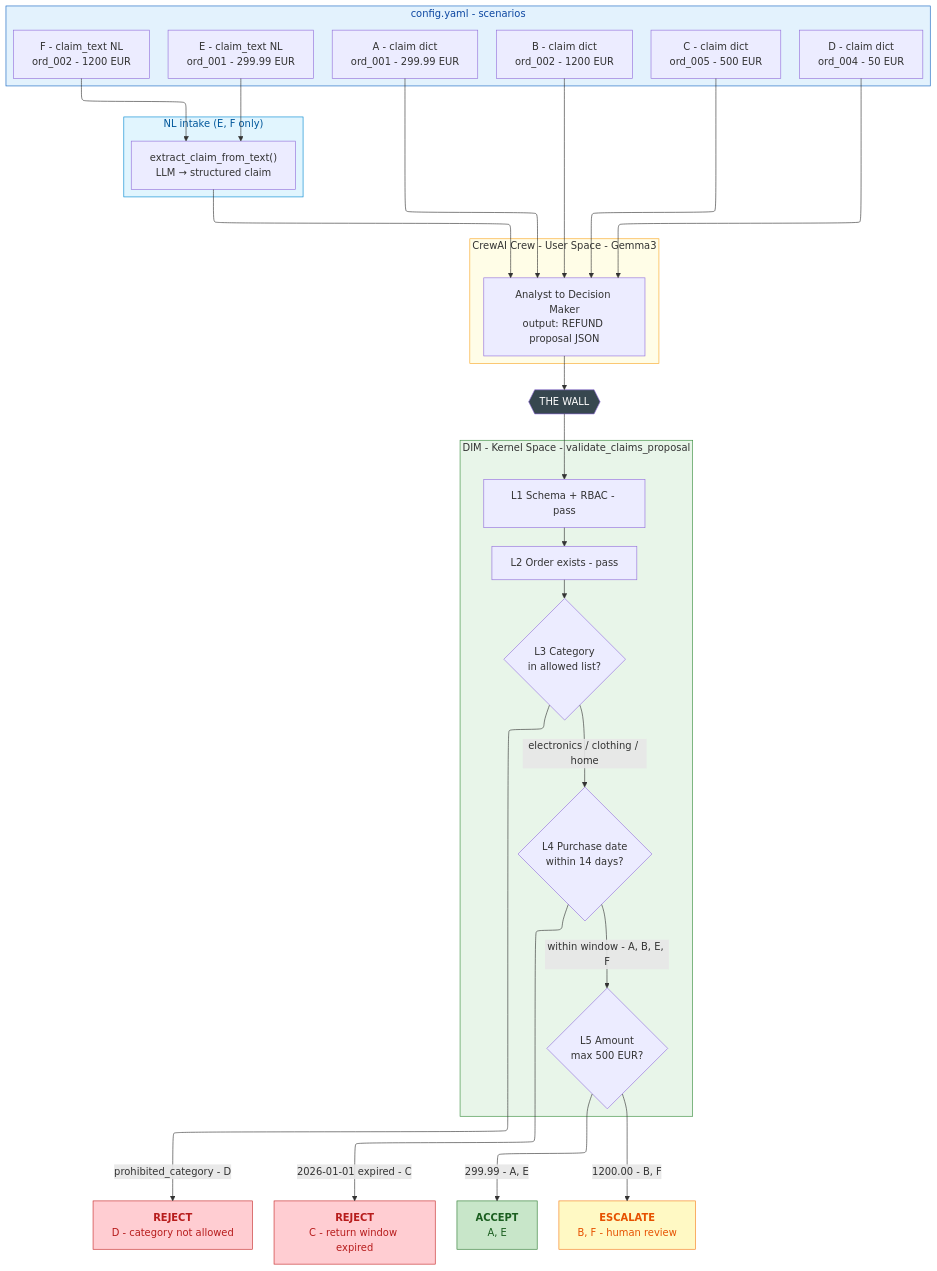
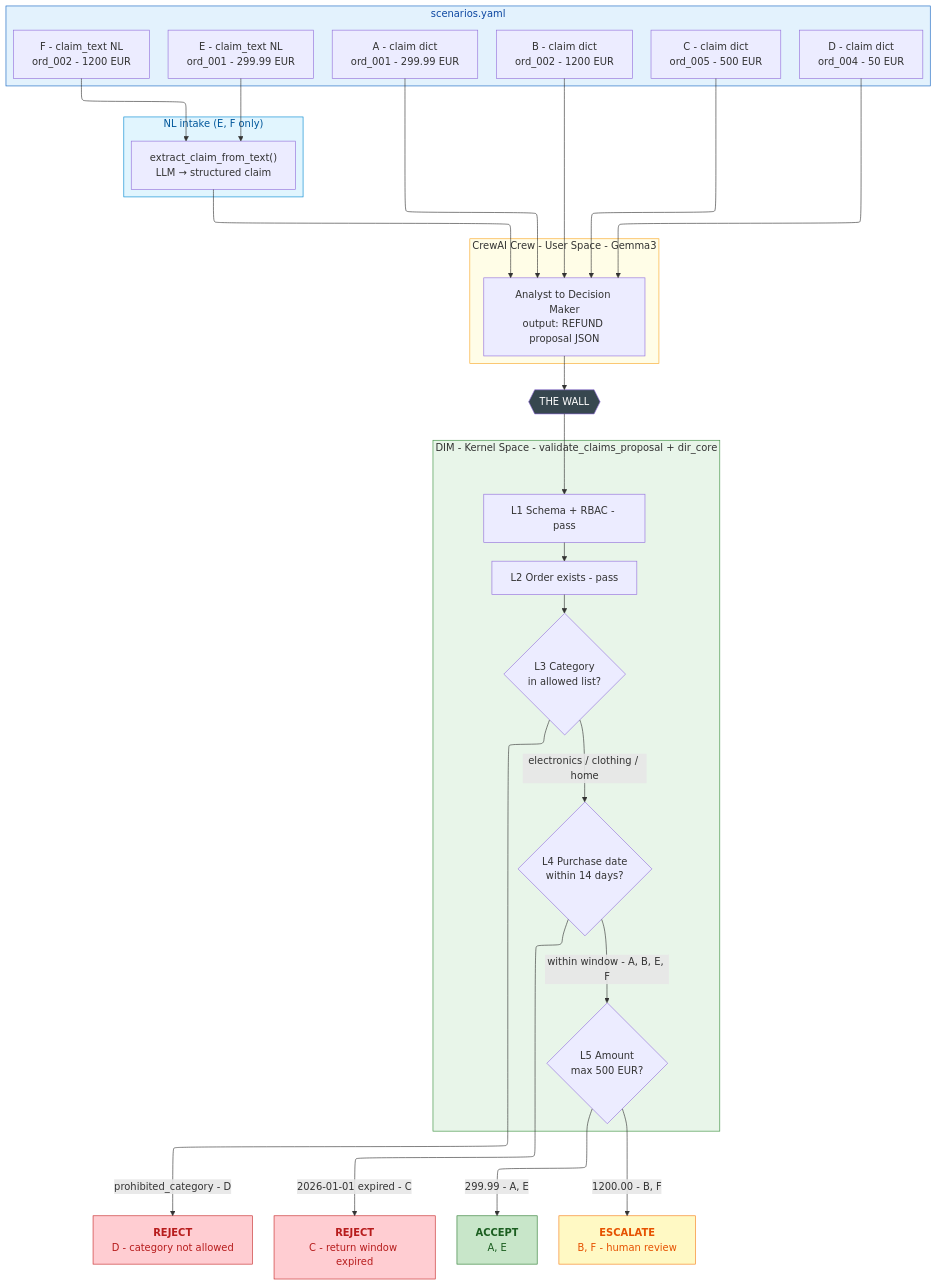
The fourth of 4 diagrams in samples/35_crewai_roa_wrapper/README.md (huka81/decision-intelligence-runtime), drawn with Mermaid before and after one commit. The commit also changed other lines of this file and 17 other files, not shown here.

````diff
--- a/samples/35_crewai_roa_wrapper/README.md
+++ b/samples/35_crewai_roa_wrapper/README.md
@@ -133,64 +156,64 @@
 ```mermaid
 ---
 config:
   layout: elk
 ---
 flowchart TD
-    subgraph SCENARIOS["config.yaml - scenarios"]
+    subgraph SCENARIOS["scenarios.yaml"]
         SA["`A - claim dict<br/>ord_001 - 299.99 EUR`"]
         SB["`B - claim dict<br/>ord_002 - 1200 EUR`"]
         SC["`C - claim dict<br/>ord_005 - 500 EUR`"]
         SD["`D - claim dict<br/>ord_004 - 50 EUR`"]
         SE["`E - claim_text NL<br/>ord_001 - 299.99 EUR`"]
         SF["`F - claim_text NL<br/>ord_002 - 1200 EUR`"]
     end
 
     subgraph EXTRACT["NL intake (E, F only)"]
         EX["`extract_claim_from_text()<br/>LLM → structured claim`"]
     end
 
     subgraph CREW_US["CrewAI Crew - User Space - Gemma3"]
         PROP["`Analyst to Decision Maker<br/>output: REFUND proposal JSON`"]
     end
 
     SA & SB & SC & SD --> PROP
     SE & SF --> EX
     EX --> PROP
 
     WALL{{"THE WALL"}}
     PROP --> WALL
 
-    subgraph DIM_KS["DIM - Kernel Space - validate_claims_proposal"]
+    subgraph DIM_KS["DIM - Kernel Space - validate_claims_proposal + dir_core"]
         L1["L1 Schema + RBAC - pass"]
         L2["L2 Order exists - pass"]
         L3{"`L3 Category<br/>in allowed list?`"}
         L4{"`L4 Purchase date<br/>within 14 days?`"}
         L5{"`L5 Amount<br/>max 500 EUR?`"}
     end
 
     WALL --> L1 --> L2 --> L3
 
     L3 -->|electronics / clothing / home| L4
     L3 -->|prohibited_category - D| RD
 
     L4 -->|within window - A, B, E, F| L5
     L4 -->|2026-01-01 expired - C| RC
 
     L5 -->|299.99 - A, E| RA
     L5 -->|1200.00 - B, F| RB
 
     RA["`**ACCEPT**<br/>A, E`"]
     RB["`**ESCALATE**<br/>B, F - human review`"]
     RC["`**REJECT**<br/>C - return window expired`"]
     RD["`**REJECT**<br/>D - category not allowed`"]
 
     style SCENARIOS fill:#e3f2fd,stroke:#1565c0,color:#0d47a1
     style EXTRACT fill:#e1f5fe,stroke:#0288d1,color:#01579b
     style CREW_US fill:#fffde7,stroke:#f9a825,color:#333
     style DIM_KS fill:#e8f5e9,stroke:#388e3c,color:#333
     style WALL fill:#37474f,color:#fff
     style RA fill:#c8e6c9,stroke:#2e7d32,color:#1b5e20
     style RB fill:#fff9c4,stroke:#f57f17,color:#e65100
     style RC fill:#ffcdd2,stroke:#c62828,color:#b71c1c
     style RD fill:#ffcdd2,stroke:#c62828,color:#b71c1c
 ```
````
